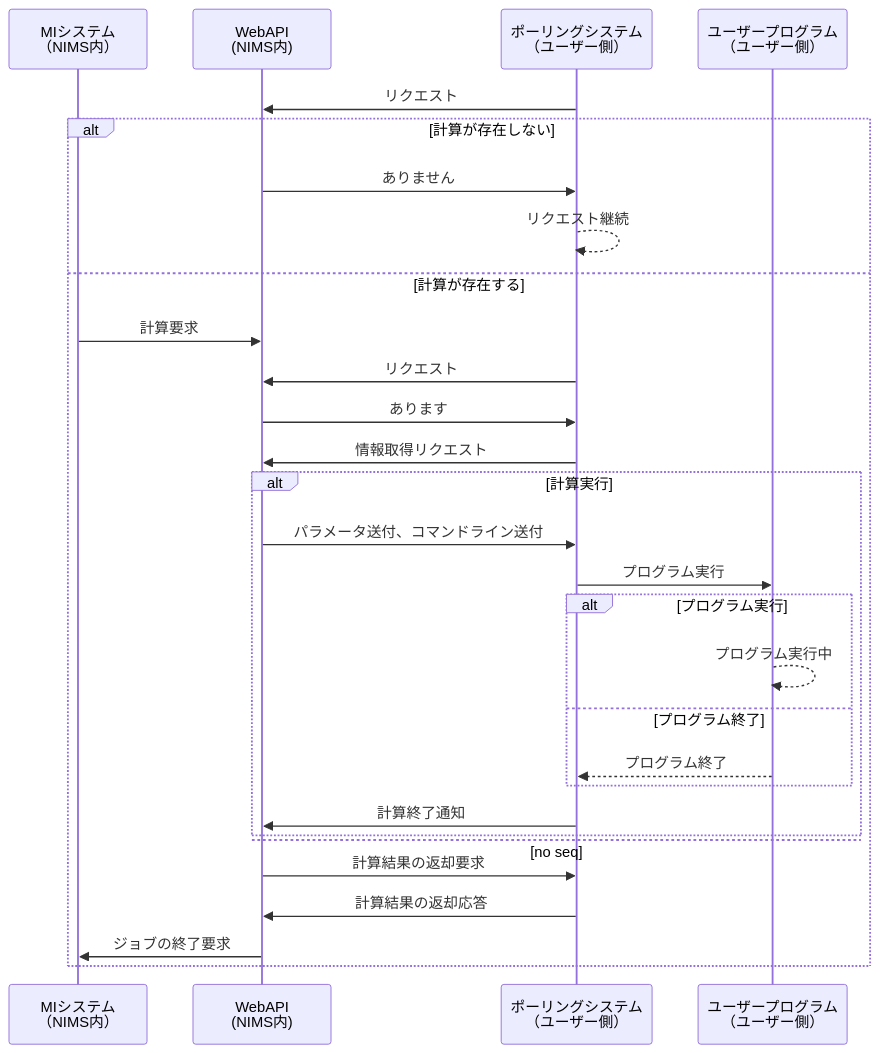
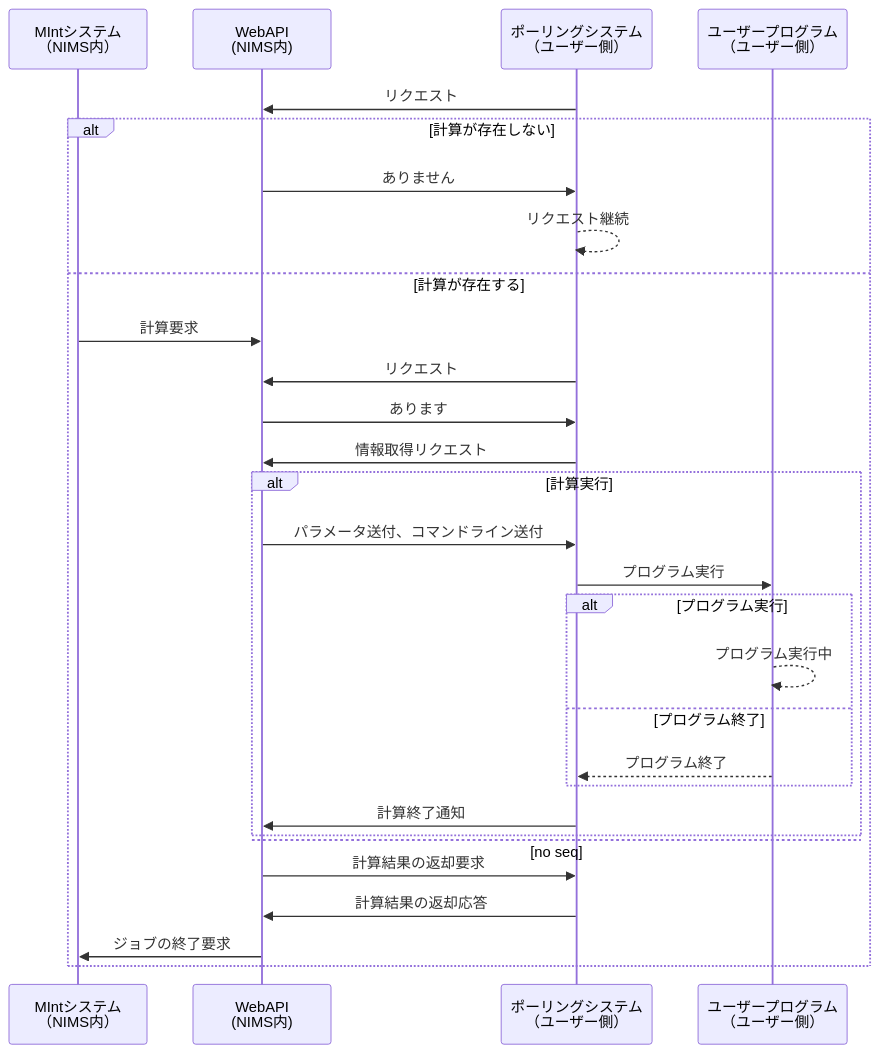
One commit to materialsintegration/remote_workflow changed the third of 4 diagrams in documents/manual2nd/source/using_distributed_properties.rst. Above: the diagram before and after it, drawn with Mermaid. The commit also changed other lines of this file, not shown here.

```diff
--- a/documents/manual2nd/source/using_distributed_properties.rst
+++ b/documents/manual2nd/source/using_distributed_properties.rst
@@ -321,36 +321,36 @@
 .. mermaid::
    :caption: ポーリングシステムの流れ
    :align: center
 
    sequenceDiagram;
 
-   participant A as MIシステム<BR>（NIMS内）
+   participant A as MIntシステム<BR>（NIMS内）
    participant B as WebAPI<BR>(NIMS内)
    participant C as ポーリングシステム<BR>（ユーザー側）
    participant D as ユーザープログラム<BR>（ユーザー側）
 
 
    C->>B:リクエスト
      alt 計算が存在しない
        B->>C:ありません
        C -->> C:リクエスト継続
      else 計算が存在する
        A->>B:計算要求
        C->>B:リクエスト
        B->>C:あります
        C->>B:情報取得リクエスト
        alt 計算実行
          B->>C:パラメータ送付、コマンドライン送付
          C->>D:プログラム実行
          alt プログラム実行
            D -->> D:プログラム実行中
          else プログラム終了
            D -->> C:プログラム終了
          end
          C->>B:計算終了通知
        else no seq
        end
        B->>C:計算結果の返却要求
        C->>B:計算結果の返却応答
        B->>A:ジョブの終了要求
      end
```
